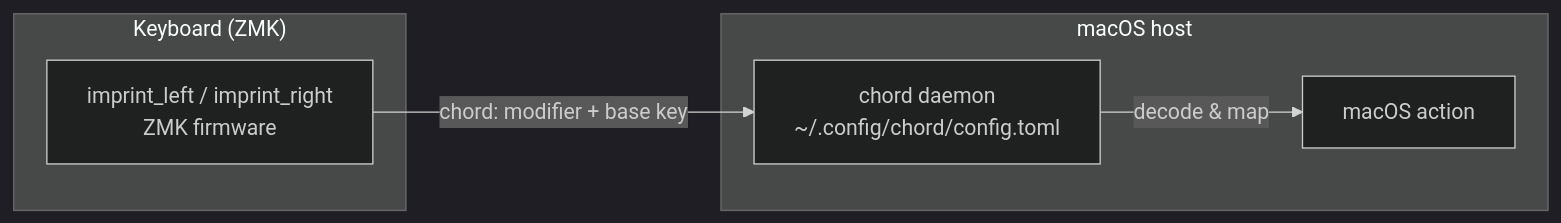
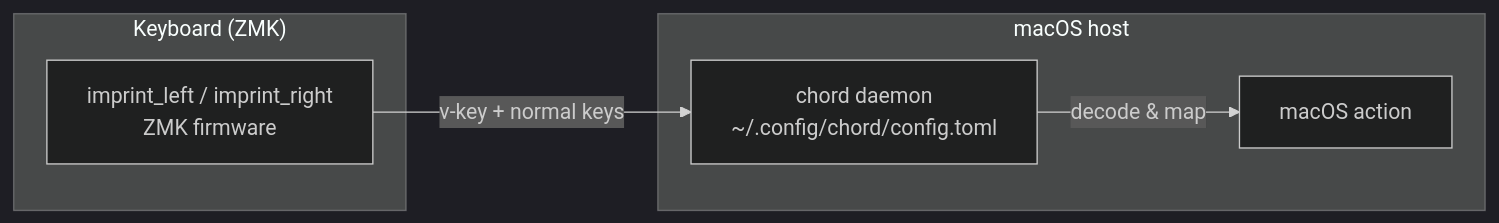
Before and after one commit to akira-toriyama/canon: the diagram in README.en.md, drawn with Mermaid (dark theme). The commit also changed other lines of this file and 3 other files, not shown here.

````diff
--- a/README.en.md
+++ b/README.en.md
@@ -13,12 +13,12 @@
 ```mermaid
 flowchart LR
   subgraph KB["Keyboard (ZMK)"]
     FW["imprint_left / imprint_right<br/>ZMK firmware"]
   end
   subgraph MAC["macOS host"]
     CHORD["chord daemon<br/>~/.config/chord/config.toml"]
     ACT["macOS action"]
   end
-  FW -->|"chord: modifier + base key"| CHORD
+  FW -->|"v-key + normal keys"| CHORD
   CHORD -->|"decode & map"| ACT
 ```
````
